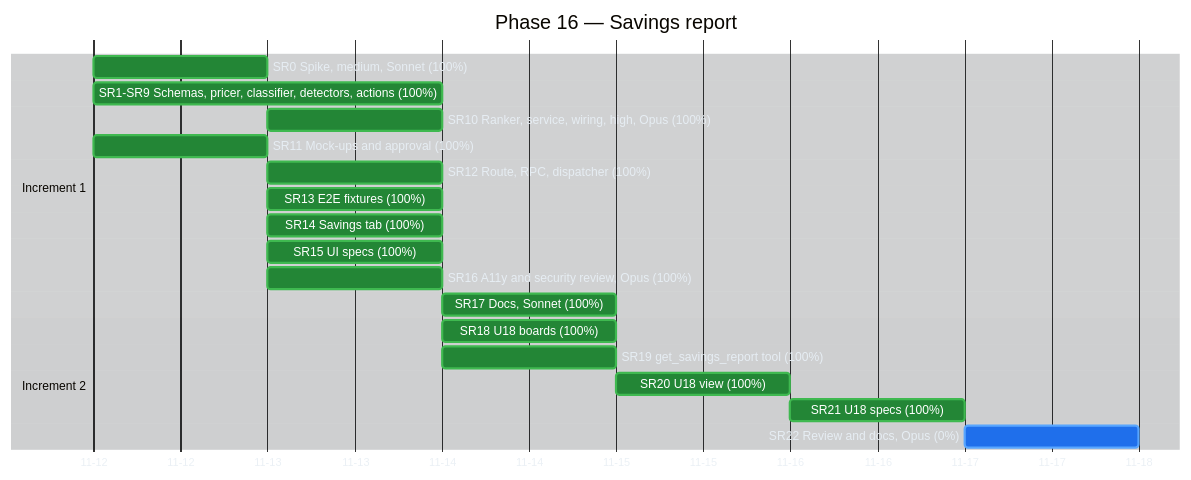
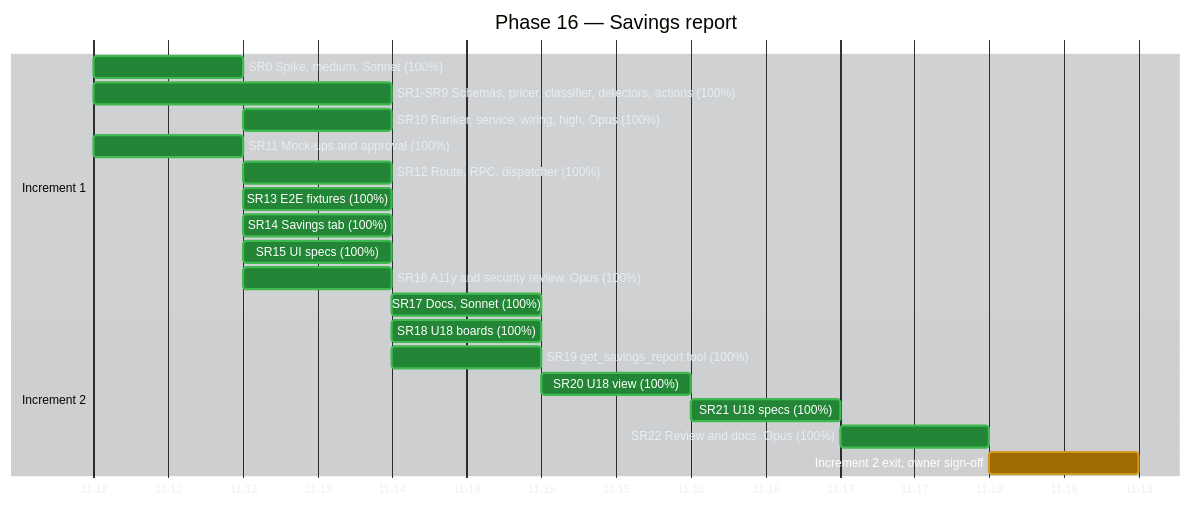
Before and after one commit to raulkivi/agent-cost-analyzer: the third of 5 diagrams in docs/implementation-plan-gantt.md, drawn with Mermaid. The commit also changed other lines of this file and 21 other files, not shown here.

First line of the commit message:
Phase 16 SR22: Increment 2 review, docs and exit check

````diff
--- a/docs/implementation-plan-gantt.md
+++ b/docs/implementation-plan-gantt.md
@@ -216,53 +216,54 @@
 ```mermaid
 %%{init: {
   "theme": "base",
   "themeVariables": {
     "darkMode": true,
     "background": "#0d1117",
     "textColor": "#e6edf3",
     "primaryTextColor": "#e6edf3",
     "lineColor": "#8b949e",
     "sectionBkgColor": "#161b22",
     "sectionBkgColor2": "#1c2129",
     "altSectionBkgColor": "#0d1117",
     "gridColor": "#30363d",
     "excludeBkgColor": "#161b22",
     "todayLineColor": "#f85149",
     "taskBkgColor": "#1f6feb",
     "taskBorderColor": "#58a6ff",
     "taskTextColor": "#ffffff",
     "taskTextLightColor": "#ffffff",
     "taskTextDarkColor": "#ffffff",
     "taskTextOutsideColor": "#e6edf3",
     "doneTaskBkgColor": "#238636",
     "doneTaskBorderColor": "#3fb950",
     "activeTaskBkgColor": "#9e6a03",
     "activeTaskBorderColor": "#d29922",
     "critBkgColor": "#da3633",
     "critBorderColor": "#f85149"
   }
 }}%%
 gantt
     title Phase 16 — Savings report
     dateFormat YYYY-MM-DD
     axisFormat %m-%d
 
     section Increment 1
     SR0 Spike, medium, Sonnet (100%)                 :done, sr0, 2026-11-12, 1d
     SR1-SR9 Schemas, pricer, classifier, detectors, actions (100%) :done, sr1, 2026-11-12, 2d
     SR10 Ranker, service, wiring, high, Opus (100%)  :done, sr10, 2026-11-13, 1d
     SR11 Mock-ups and approval (100%)                :done, sr11, 2026-11-12, 1d
     SR12 Route, RPC, dispatcher (100%)               :done, sr12, 2026-11-13, 1d
     SR13 E2E fixtures (100%)                         :done, sr13, 2026-11-13, 1d
     SR14 Savings tab (100%)                          :done, sr14, 2026-11-13, 1d
     SR15 UI specs (100%)                             :done, sr15, 2026-11-13, 1d
     SR16 A11y and security review, Opus (100%)       :done, sr16, 2026-11-13, 1d
     SR17 Docs, Sonnet (100%)                         :done, sr17, after sr16, 1d
 
     section Increment 2
     SR18 U18 boards (100%)                           :done, sr18, 2026-11-14, 1d
     SR19 get_savings_report tool (100%)              :done, sr19, 2026-11-14, 1d
     SR20 U18 view (100%)                             :done, sr20, after sr19, 1d
     SR21 U18 specs (100%)                            :done, sr21, after sr20, 1d
-    SR22 Review and docs, Opus (0%)                  :sr22, after sr21, 1d
+    SR22 Review and docs, Opus (100%)                :done, sr22, after sr21, 1d
+    Increment 2 exit, owner sign-off                 :active, sr2x, after sr22, 1d
 ```
````
